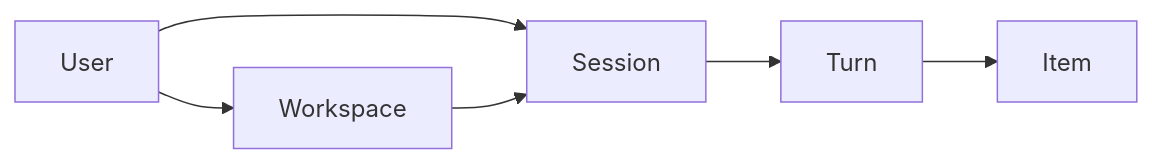
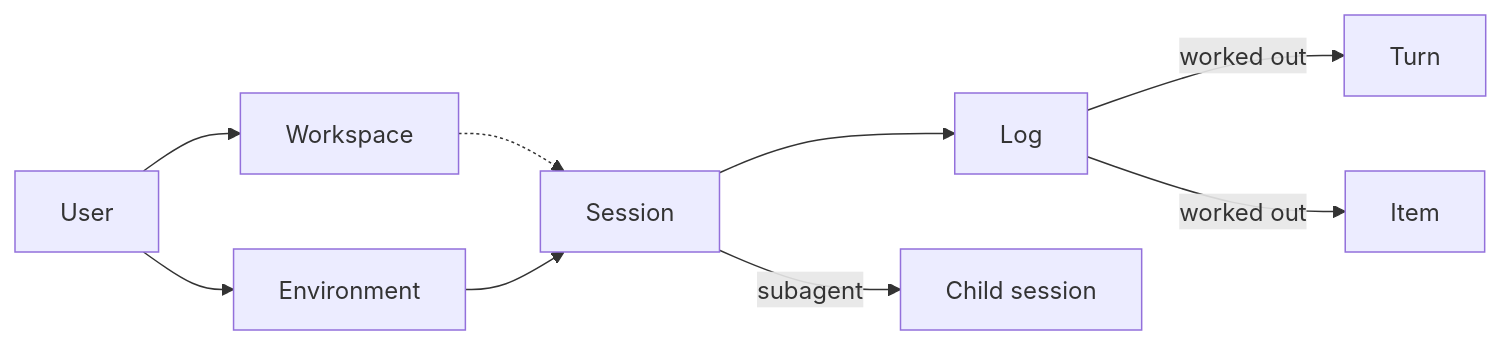
One commit to 0xfakeSpike/ollupi-docs changed the diagram in docs/en/intro/concepts.md. Above: the diagram before and after it, drawn with Mermaid. The commit also changed other lines of this file and 86 other files, not shown here.

````diff
--- a/docs/en/intro/concepts.md
+++ b/docs/en/intro/concepts.md
@@ -5,8 +5,11 @@
 ```mermaid
 flowchart LR
   U["User"] --> W["Workspace"]
-  U --> T["Session"]
-  W --> T
-  T --> R["Turn"]
-  R --> I["Item"]
+  U --> E["Environment"]
+  W -.-> T["Session"]
+  E --> T
+  T --> L["Log"]
+  L -- "worked out" --> R["Turn"]
+  L -- "worked out" --> I["Item"]
+  T -- "subagent" --> C["Child session"]
 ```
````
